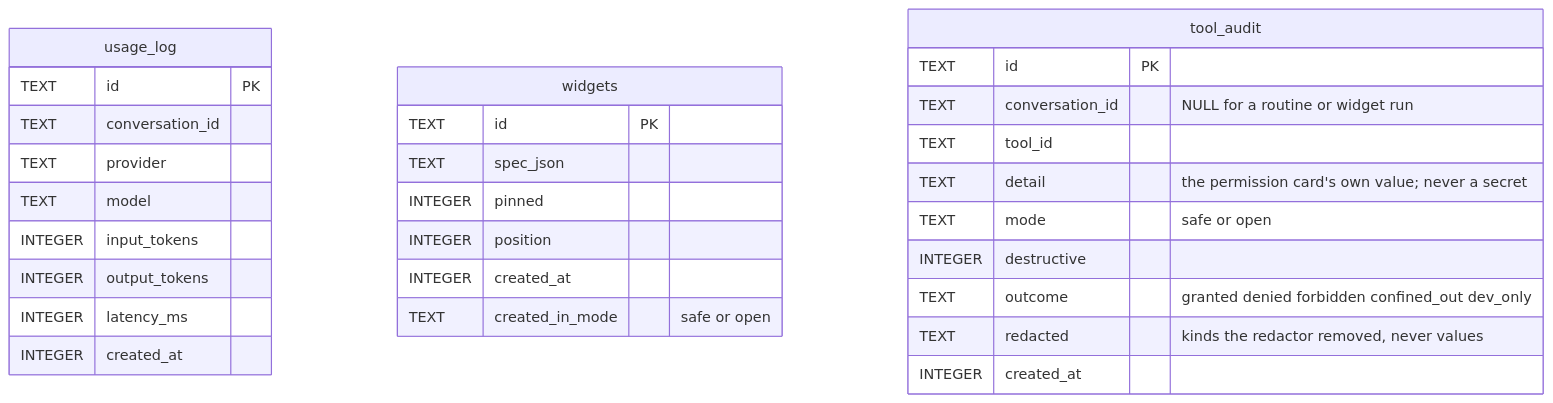
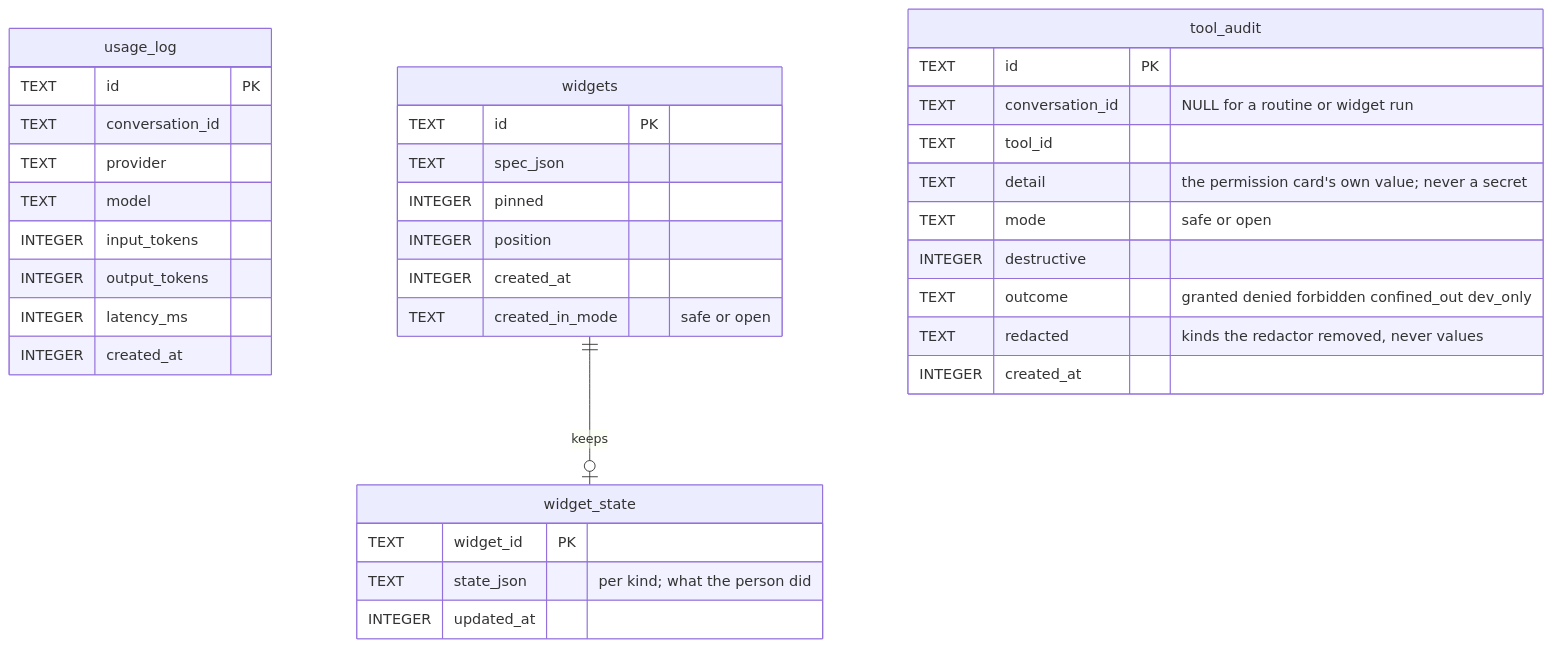
One commit to N041M/Addison changed the third of 3 diagrams in docs/data-model.md. Above: the diagram before and after it, drawn with Mermaid. The commit also changed other lines of this file and 31 other files, not shown here.

````diff
--- a/docs/data-model.md
+++ b/docs/data-model.md
@@ -418,32 +420,38 @@
 ```mermaid
 erDiagram
     usage_log {
         TEXT id PK
         TEXT conversation_id
         TEXT provider
         TEXT model
         INTEGER input_tokens
         INTEGER output_tokens
         INTEGER latency_ms
         INTEGER created_at
     }
     widgets {
         TEXT id PK
         TEXT spec_json
         INTEGER pinned
         INTEGER position
         INTEGER created_at
         TEXT created_in_mode "safe or open"
     }
+    widget_state {
+        TEXT widget_id PK
+        TEXT state_json "per kind; what the person did"
+        INTEGER updated_at
+    }
+    widgets ||--o| widget_state : keeps
     tool_audit {
         TEXT id PK
         TEXT conversation_id "NULL for a routine or widget run"
         TEXT tool_id
         TEXT detail "the permission card's own value; never a secret"
         TEXT mode "safe or open"
         INTEGER destructive
         TEXT outcome "granted denied forbidden confined_out dev_only"
         TEXT redacted "kinds the redactor removed, never values"
         INTEGER created_at
     }
 ```
````
